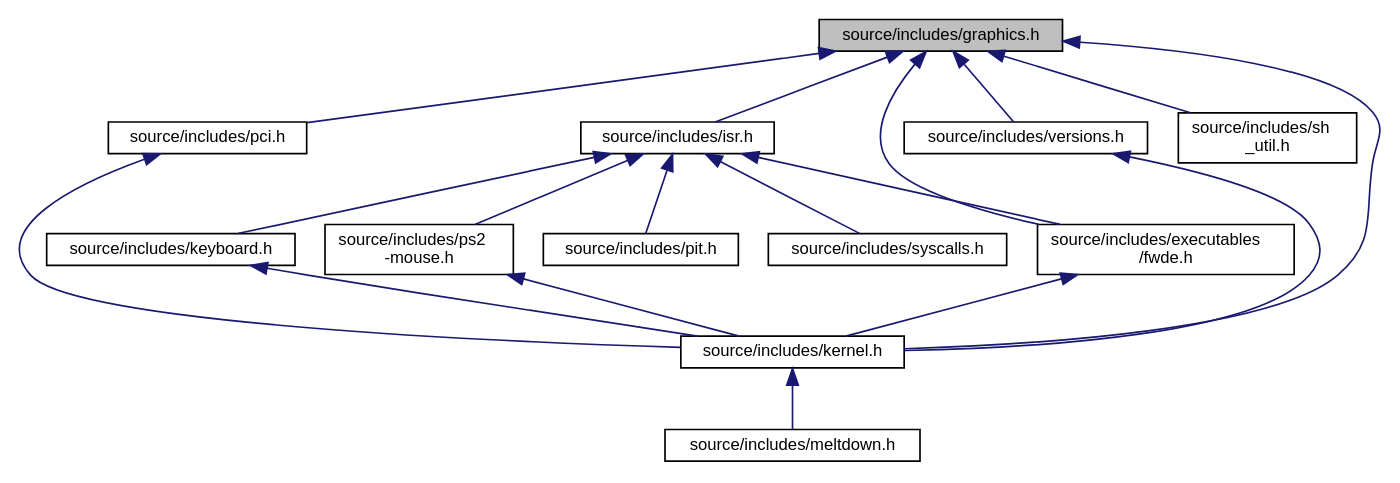
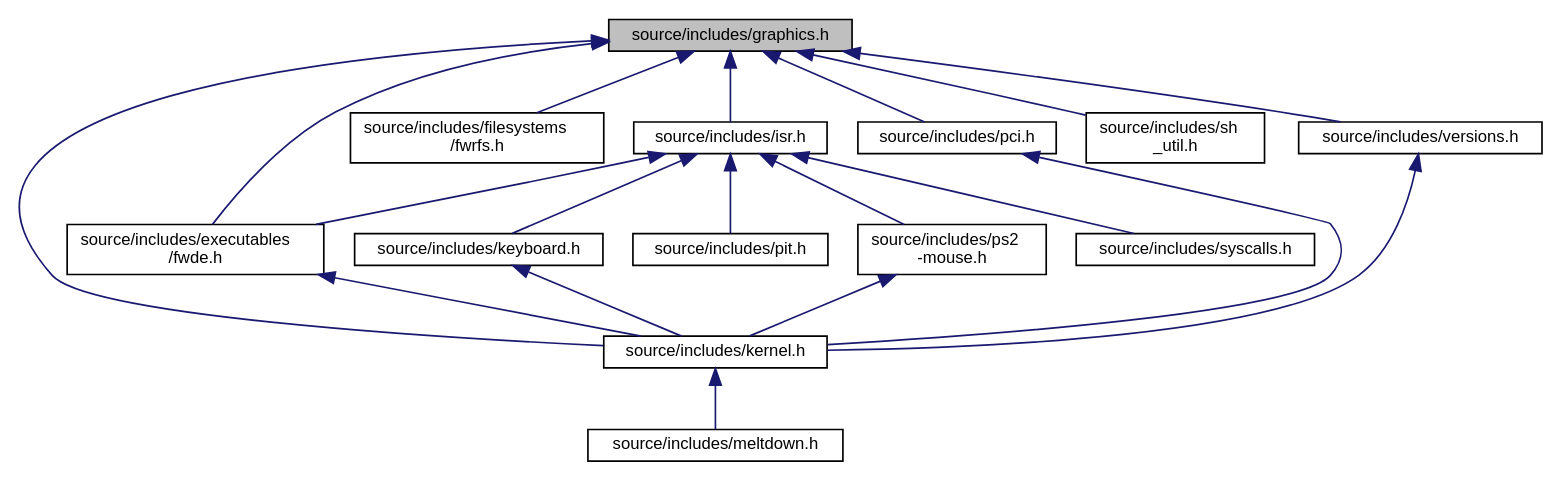
One commit to Frost-Wing/doxygen-docs changed the diagram in graphics_8h__dep__incl.dot. Above: the diagram before and after it, drawn with Graphviz. The commit also changed 465 other files, not shown here.

```diff
--- a/graphics_8h__dep__incl.dot
+++ b/graphics_8h__dep__incl.dot
@@ -1,35 +1,37 @@
 digraph "source/includes/graphics.h"
 {
  // LATEX_PDF_SIZE
   edge [fontname="Helvetica",fontsize="10",labelfontname="Helvetica",labelfontsize="10"];
   node [fontname="Helvetica",fontsize="10",shape=record];
   Node1 [label="source/includes/graphics.h",height=0.2,width=0.4,color="black", fillcolor="grey75", style="filled", fontcolor="black",tooltip="Contains all the print functions."];
   Node1 -> Node2 [dir="back",color="midnightblue",fontsize="10",style="solid",fontname="Helvetica"];
   Node2 [label="source/includes/executables\l/fwde.h",height=0.2,width=0.4,color="black", fillcolor="white", style="filled",URL="$fwde_8h.html",tooltip="The executor header for FrostWing Deployed Executable - 64 bits."];
   Node2 -> Node3 [dir="back",color="midnightblue",fontsize="10",style="solid",fontname="Helvetica"];
   Node3 [label="source/includes/kernel.h",height=0.2,width=0.4,color="black", fillcolor="white", style="filled",URL="$kernel_8h.html",tooltip="The basic requirement from kernel to other parts of the code."];
   Node3 -> Node4 [dir="back",color="midnightblue",fontsize="10",style="solid",fontname="Helvetica"];
   Node4 [label="source/includes/meltdown.h",height=0.2,width=0.4,color="black", fillcolor="white", style="filled",URL="$meltdown_8h.html",tooltip="The headers for meltdown.c."];
   Node1 -> Node5 [dir="back",color="midnightblue",fontsize="10",style="solid",fontname="Helvetica"];
-  Node5 [label="source/includes/isr.h",height=0.2,width=0.4,color="black", fillcolor="white", style="filled",URL="$isr_8h.html",tooltip=" "];
-  Node5 -> Node2 [dir="back",color="midnightblue",fontsize="10",style="solid",fontname="Helvetica"];
-  Node5 -> Node6 [dir="back",color="midnightblue",fontsize="10",style="solid",fontname="Helvetica"];
-  Node6 [label="source/includes/keyboard.h",height=0.2,width=0.4,color="black", fillcolor="white", style="filled",URL="$keyboard_8h.html",tooltip=" "];
-  Node6 -> Node3 [dir="back",color="midnightblue",fontsize="10",style="solid",fontname="Helvetica"];
-  Node5 -> Node7 [dir="back",color="midnightblue",fontsize="10",style="solid",fontname="Helvetica"];
-  Node7 [label="source/includes/pit.h",height=0.2,width=0.4,color="black", fillcolor="white", style="filled",URL="$pit_8h.html",tooltip="Headers for PIT."];
-  Node5 -> Node8 [dir="back",color="midnightblue",fontsize="10",style="solid",fontname="Helvetica"];
-  Node8 [label="source/includes/ps2\l-mouse.h",height=0.2,width=0.4,color="black", fillcolor="white", style="filled",URL="$ps2-mouse_8h.html",tooltip=" "];
-  Node8 -> Node3 [dir="back",color="midnightblue",fontsize="10",style="solid",fontname="Helvetica"];
-  Node5 -> Node9 [dir="back",color="midnightblue",fontsize="10",style="solid",fontname="Helvetica"];
-  Node9 [label="source/includes/syscalls.h",height=0.2,width=0.4,color="black", fillcolor="white", style="filled",URL="$syscalls_8h.html",tooltip=" "];
+  Node5 [label="source/includes/filesystems\l/fwrfs.h",height=0.2,width=0.4,color="black", fillcolor="white", style="filled",URL="$fwrfs_8h.html",tooltip="FrostWing RAM FileSystem."];
+  Node1 -> Node6 [dir="back",color="midnightblue",fontsize="10",style="solid",fontname="Helvetica"];
+  Node6 [label="source/includes/isr.h",height=0.2,width=0.4,color="black", fillcolor="white", style="filled",URL="$isr_8h.html",tooltip=" "];
+  Node6 -> Node2 [dir="back",color="midnightblue",fontsize="10",style="solid",fontname="Helvetica"];
+  Node6 -> Node7 [dir="back",color="midnightblue",fontsize="10",style="solid",fontname="Helvetica"];
+  Node7 [label="source/includes/keyboard.h",height=0.2,width=0.4,color="black", fillcolor="white", style="filled",URL="$keyboard_8h.html",tooltip=" "];
+  Node7 -> Node3 [dir="back",color="midnightblue",fontsize="10",style="solid",fontname="Helvetica"];
+  Node6 -> Node8 [dir="back",color="midnightblue",fontsize="10",style="solid",fontname="Helvetica"];
+  Node8 [label="source/includes/pit.h",height=0.2,width=0.4,color="black", fillcolor="white", style="filled",URL="$pit_8h.html",tooltip="Headers for PIT."];
+  Node6 -> Node9 [dir="back",color="midnightblue",fontsize="10",style="solid",fontname="Helvetica"];
+  Node9 [label="source/includes/ps2\l-mouse.h",height=0.2,width=0.4,color="black", fillcolor="white", style="filled",URL="$ps2-mouse_8h.html",tooltip=" "];
+  Node9 -> Node3 [dir="back",color="midnightblue",fontsize="10",style="solid",fontname="Helvetica"];
+  Node6 -> Node10 [dir="back",color="midnightblue",fontsize="10",style="solid",fontname="Helvetica"];
+  Node10 [label="source/includes/syscalls.h",height=0.2,width=0.4,color="black", fillcolor="white", style="filled",URL="$syscalls_8h.html",tooltip=" "];
   Node1 -> Node3 [dir="back",color="midnightblue",fontsize="10",style="solid",fontname="Helvetica"];
-  Node1 -> Node10 [dir="back",color="midnightblue",fontsize="10",style="solid",fontname="Helvetica"];
-  Node10 [label="source/includes/pci.h",height=0.2,width=0.4,color="black", fillcolor="white", style="filled",URL="$pci_8h.html",tooltip="The Header files for actual PCI source."];
-  Node10 -> Node3 [dir="back",color="midnightblue",fontsize="10",style="solid",fontname="Helvetica"];
   Node1 -> Node11 [dir="back",color="midnightblue",fontsize="10",style="solid",fontname="Helvetica"];
-  Node11 [label="source/includes/sh\l_util.h",height=0.2,width=0.4,color="black", fillcolor="white", style="filled",URL="$sh__util_8h.html",tooltip="Utils for fw shell."];
+  Node11 [label="source/includes/pci.h",height=0.2,width=0.4,color="black", fillcolor="white", style="filled",URL="$pci_8h.html",tooltip="The Header files for actual PCI source."];
+  Node11 -> Node3 [dir="back",color="midnightblue",fontsize="10",style="solid",fontname="Helvetica"];
   Node1 -> Node12 [dir="back",color="midnightblue",fontsize="10",style="solid",fontname="Helvetica"];
-  Node12 [label="source/includes/versions.h",height=0.2,width=0.4,color="black", fillcolor="white", style="filled",URL="$versions_8h.html",tooltip="This is the header file which contains all the tools used's versions."];
-  Node12 -> Node3 [dir="back",color="midnightblue",fontsize="10",style="solid",fontname="Helvetica"];
+  Node12 [label="source/includes/sh\l_util.h",height=0.2,width=0.4,color="black", fillcolor="white", style="filled",URL="$sh__util_8h.html",tooltip="Utils for fw shell."];
+  Node1 -> Node13 [dir="back",color="midnightblue",fontsize="10",style="solid",fontname="Helvetica"];
+  Node13 [label="source/includes/versions.h",height=0.2,width=0.4,color="black", fillcolor="white", style="filled",URL="$versions_8h.html",tooltip="This is the header file which contains all the tools used's versions."];
+  Node13 -> Node3 [dir="back",color="midnightblue",fontsize="10",style="solid",fontname="Helvetica"];
 }
```
